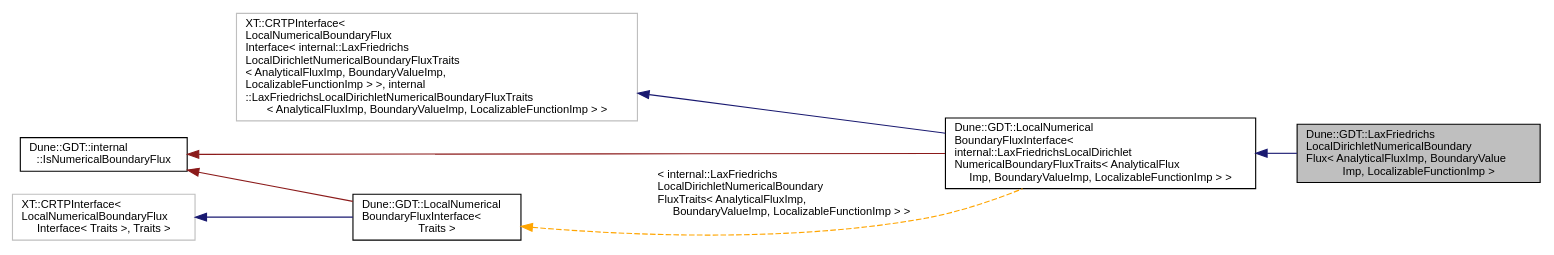
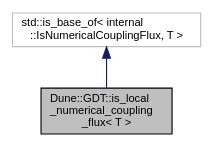
The diagram in docs/dune-gdt/master/a00937.dot (dune-community/dune-community.github.io), drawn with Graphviz before and after one commit. The commit also changed 2969 other files, not shown here.

Commit message:
Updated documentation for dune-gdt master

```diff
--- a/docs/dune-gdt/master/a00937.dot
+++ b/docs/dune-gdt/master/a00937.dot
@@ -1,18 +1,8 @@
-digraph "Dune::GDT::LaxFriedrichsLocalDirichletNumericalBoundaryFlux&lt; AnalyticalFluxImp, BoundaryValueImp, LocalizableFunctionImp &gt;"
+digraph "Dune::GDT::is_local_numerical_coupling_flux&lt; T &gt;"
 {
   edge [fontname="Helvetica",fontsize="10",labelfontname="Helvetica",labelfontsize="10"];
   node [fontname="Helvetica",fontsize="10",shape=record];
-  rankdir="LR";
-  Node1 [label="Dune::GDT::LaxFriedrichs\lLocalDirichletNumericalBoundary\lFlux\< AnalyticalFluxImp, BoundaryValue\lImp, LocalizableFunctionImp \>",height=0.2,width=0.4,color="black", fillcolor="grey75", style="filled", fontcolor="black"];
+  Node1 [label="Dune::GDT::is_local\l_numerical_coupling\l_flux\< T \>",height=0.2,width=0.4,color="black", fillcolor="grey75", style="filled", fontcolor="black"];
   Node2 -> Node1 [dir="back",color="midnightblue",fontsize="10",style="solid",fontname="Helvetica"];
-  Node2 [label="Dune::GDT::LocalNumerical\lBoundaryFluxInterface\<\l internal::LaxFriedrichsLocalDirichlet\lNumericalBoundaryFluxTraits\< AnalyticalFlux\lImp, BoundaryValueImp, LocalizableFunctionImp \> \>",height=0.2,width=0.4,color="black", fillcolor="white", style="filled",URL="$a00357.html"];
-  Node3 -> Node2 [dir="back",color="midnightblue",fontsize="10",style="solid",fontname="Helvetica"];
-  Node3 [label="XT::CRTPInterface\<\l LocalNumericalBoundaryFlux\lInterface\< internal::LaxFriedrichs\lLocalDirichletNumericalBoundaryFluxTraits\l\< AnalyticalFluxImp, BoundaryValueImp,\l LocalizableFunctionImp \> \>, internal\l::LaxFriedrichsLocalDirichletNumericalBoundaryFluxTraits\l\< AnalyticalFluxImp, BoundaryValueImp, LocalizableFunctionImp \> \>",height=0.2,width=0.4,color="grey75", fillcolor="white", style="filled"];
-  Node4 -> Node2 [dir="back",color="firebrick4",fontsize="10",style="solid",fontname="Helvetica"];
-  Node4 [label="Dune::GDT::internal\l::IsNumericalBoundaryFlux",height=0.2,width=0.4,color="black", fillcolor="white", style="filled",URL="$a00235.html"];
-  Node5 -> Node2 [dir="back",color="orange",fontsize="10",style="dashed",label=" \< internal::LaxFriedrichs\lLocalDirichletNumericalBoundary\lFluxTraits\< AnalyticalFluxImp,\l BoundaryValueImp, LocalizableFunctionImp \> \>" ,fontname="Helvetica"];
-  Node5 [label="Dune::GDT::LocalNumerical\lBoundaryFluxInterface\<\l Traits \>",height=0.2,width=0.4,color="black", fillcolor="white", style="filled",URL="$a00357.html"];
-  Node6 -> Node5 [dir="back",color="midnightblue",fontsize="10",style="solid",fontname="Helvetica"];
-  Node6 [label="XT::CRTPInterface\<\l LocalNumericalBoundaryFlux\lInterface\< Traits \>, Traits \>",height=0.2,width=0.4,color="grey75", fillcolor="white", style="filled"];
-  Node4 -> Node5 [dir="back",color="firebrick4",fontsize="10",style="solid",fontname="Helvetica"];
+  Node2 [label="std::is_base_of\< internal\l::IsNumericalCouplingFlux, T \>",height=0.2,width=0.4,color="grey75", fillcolor="white", style="filled"];
 }
```
